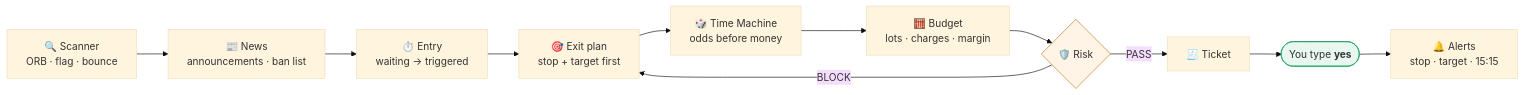
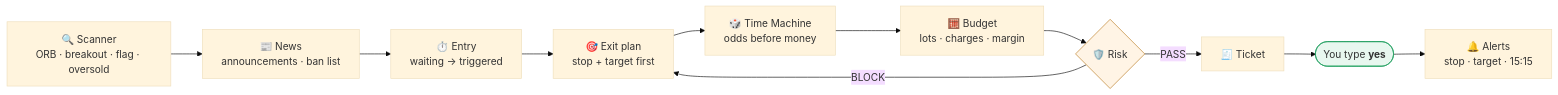
One commit to iamsanaur/indian-day-trader changed the first of 3 diagrams in README.md. Above: the diagram before and after it, drawn with Mermaid (base theme). The commit also changed other lines of this file and 26 other files, not shown here.

````diff
--- a/README.md
+++ b/README.md
@@ -133,15 +135,15 @@
 ```mermaid
 flowchart LR
-    A[🔍 Scanner<br/>ORB · flag · bounce] --> B[📰 News<br/>announcements · ban list]
+    A[🔍 Scanner<br/>ORB · breakout · flag · oversold] --> B[📰 News<br/>announcements · ban list]
     B --> C[⏱️ Entry<br/>waiting → triggered]
     C --> D[🎯 Exit plan<br/>stop + target first]
     D --> E[🎲 Time Machine<br/>odds before money]
     E --> F[🧮 Budget<br/>lots · charges · margin]
     F --> G{🛡️ Risk}
     G -- BLOCK --> D
     G -- PASS --> H[🧾 Ticket]
     H --> I([You type <b>yes</b>])
     I --> J[🔔 Alerts<br/>stop · target · 15:15]
     style G fill:#fff4e5,stroke:#b7791f
     style I fill:#e8f7ef,stroke:#1a9c5b
 ```
````
